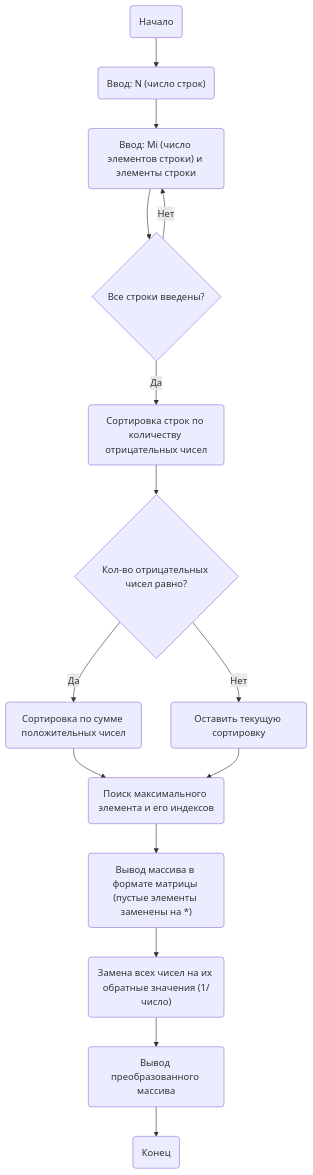
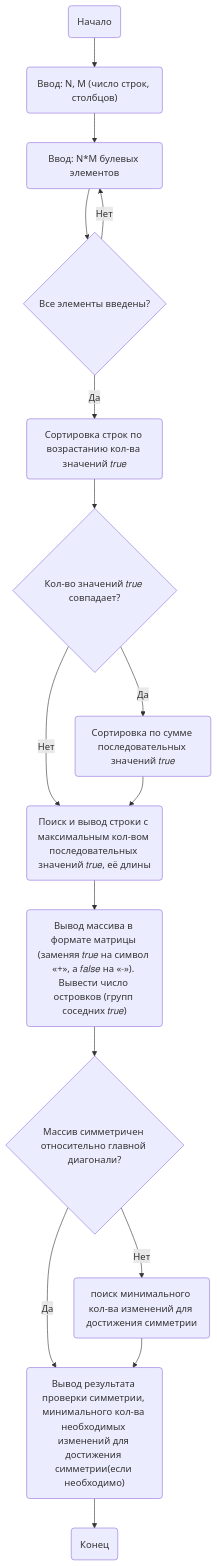
One commit to Fred00r/Lab-2 changed the diagram in README.md. Above: the diagram before and after it, drawn with Mermaid.

````diff
--- a/README.md
+++ b/README.md
@@ -65,20 +65,21 @@
 ```mermaid
 
 graph TD;
-    A("Начало") --> B("Ввод: N (число строк)");
-    B --> C("Ввод: Mi (число элементов строки) и элементы строки");
-    C --> D{Все строки введены?};
+    A("Начало") --> B("Ввод: N, M (число строк, столбцов)");
+    B --> C("Ввод: N*M булевых элементов");
+    C --> D{Все элементы введены?};
     D -- Нет --> C;
-    D -- Да --> E("Сортировка строк по количеству отрицательных чисел");
-    E --> F{Кол-во отрицательных чисел равно?};
-    F -- Да --> G("Сортировка по сумме положительных чисел");
-    F -- Нет --> H("Оставить текущую сортировку");
-    G --> I("Поиск максимального элемента и его индексов");
-    H --> I;
-    I --> J("Вывод массива в формате матрицы (пустые элементы заменены на *)");
-    J --> K("Замена всех чисел на их обратные значения (1/число)");
-    K --> L("Вывод преобразованного массива");
-    L --> M("Конец");
+    D -- Да --> E("Сортировка строк по возрастанию кол-ва значений 𝑡𝑟𝑢𝑒");
+    E --> F{Кол-во значений 𝑡𝑟𝑢𝑒 совпадает?};
+    F -- Да --> G("Сортировка по сумме последовательных значений 𝑡𝑟𝑢𝑒");
+    F -- Нет --> I
+    G --> I("Поиск и вывод строки с максимальным кол-вом последовательных значений 𝑡𝑟𝑢𝑒, её длины");
+    I --> J("Вывод массива в формате матрицы (заменяя 𝑡𝑟𝑢𝑒 на символ «+», а 𝑓𝑎𝑙𝑠𝑒 на «˗»). Вывести число островков (групп соседних 𝑡𝑟𝑢𝑒)");
+    J --> K{Массив симметричен относительно главной диагонали?};
+    K -- Да --> M("Сортировка строк по возрастанию кол-ва значений 𝑡𝑟𝑢𝑒");
+    K -- Нет --> L("поиск минимального кол-ва изменений для достижения симметрии");
+    L --> M("Вывод результата проверки симметрии, минимального кол-ва необходимых изменений для достижения симметрии(если необходимо)");
+    M --> N("Конец");
 
 
 ```
````
